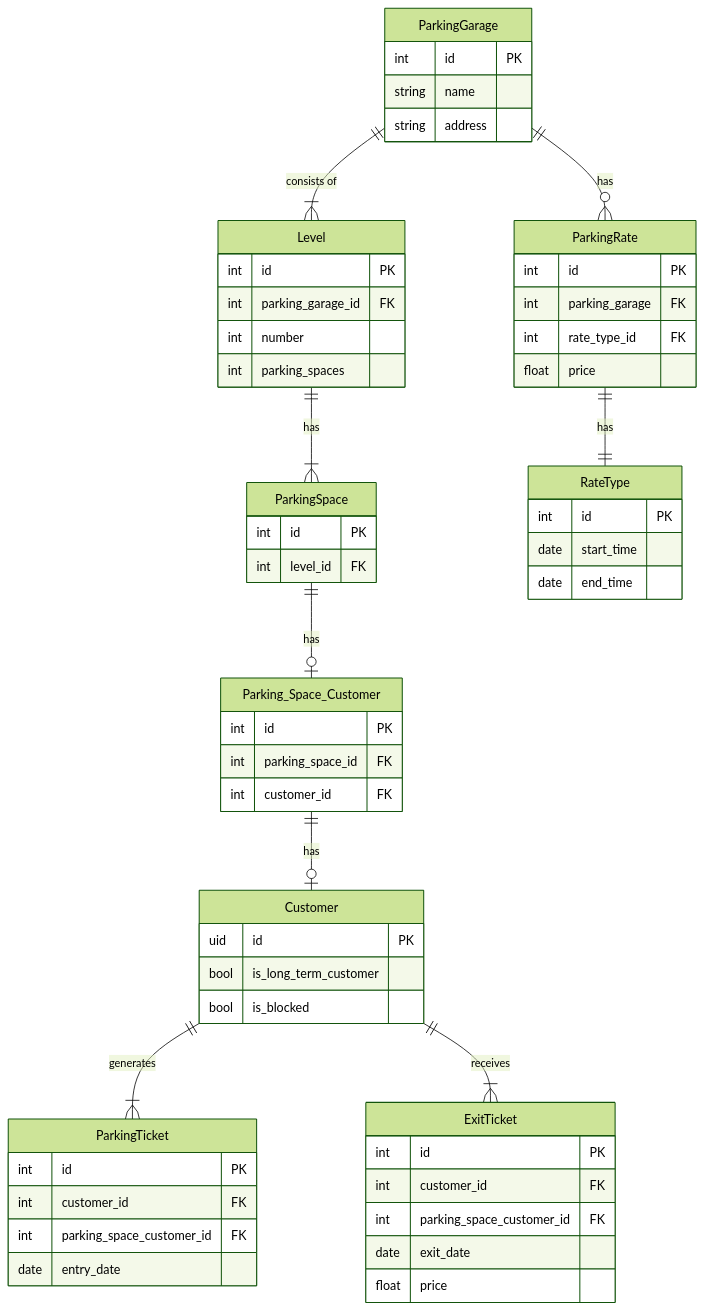
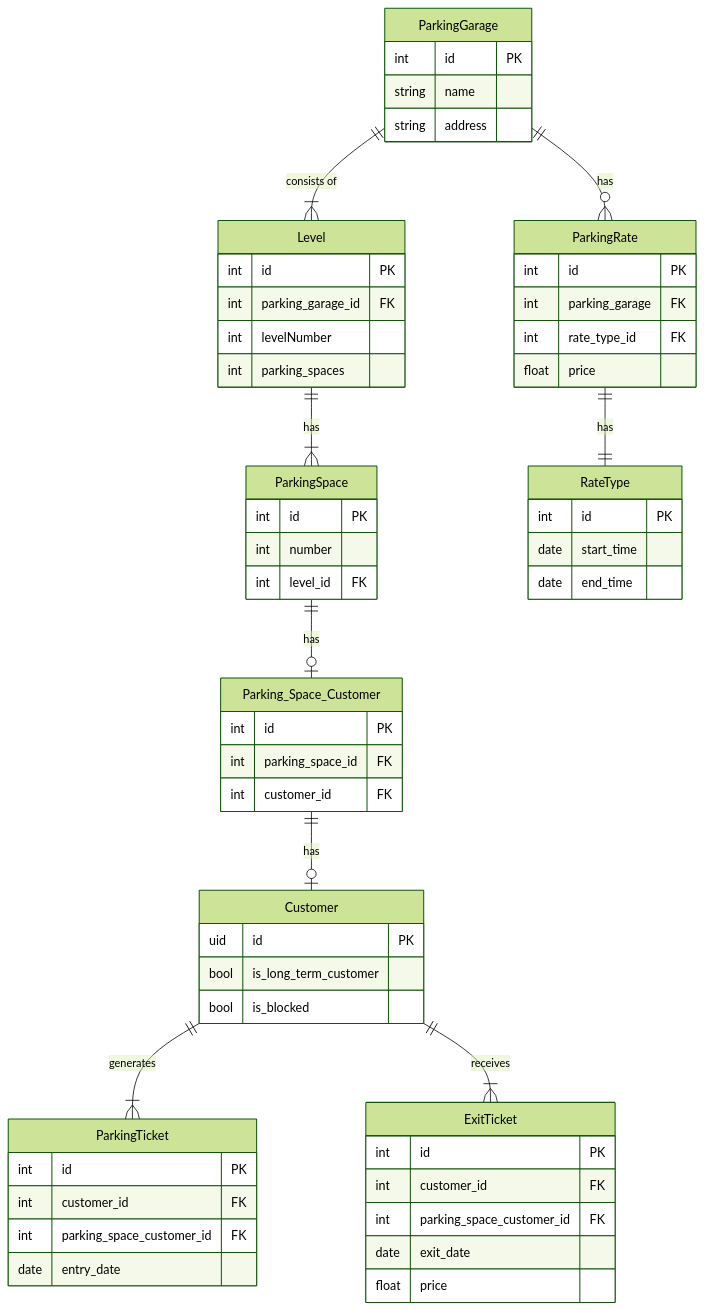
The diagram in documentation/erm.md (DaAlbrecht/parking-garage), drawn with Mermaid (forest theme) before and after one commit. The commit also changed 4 other files, not shown here.

````diff
--- a/documentation/erm.md
+++ b/documentation/erm.md
@@ -1,61 +1,62 @@
 ```mermaid
 erDiagram
   ParkingGarage ||--|{ Level : "consists of"
   Level ||--|{ ParkingSpace : "has"
   Customer ||--|{ ParkingTicket : "generates"
   Customer ||--|{ ExitTicket : "receives"
   ParkingGarage ||--o{ ParkingRate : "has"
   ParkingSpace || -- o| Parking_Space_Customer : "has"
   Parking_Space_Customer || -- o| Customer : "has"
   ParkingRate || -- || RateType : "has"
   ParkingGarage {
     int id PK
     string name
     string address
   }
   Level {
     int id PK
     int parking_garage_id FK
-    int number
+    int levelNumber
     int parking_spaces
   }
   ParkingSpace {
     int id PK
+    int number
     int level_id FK
   }
   Parking_Space_Customer {
     int id PK
     int parking_space_id FK
     int customer_id FK
   }
   Customer {
     uid id PK
     bool is_long_term_customer
     bool is_blocked
   }
   ParkingTicket {
     int id PK
     int customer_id FK
     int parking_space_customer_id FK
     date entry_date
   }
   ExitTicket {
     int id PK
     int customer_id FK
     int parking_space_customer_id FK
     date exit_date
     float price
   }
   ParkingRate {
     int id PK
     int parking_garage FK
     int rate_type_id FK
     float price
   }
   RateType {
     int id PK
     date start_time
     date end_time
   }
 
 ```
````
